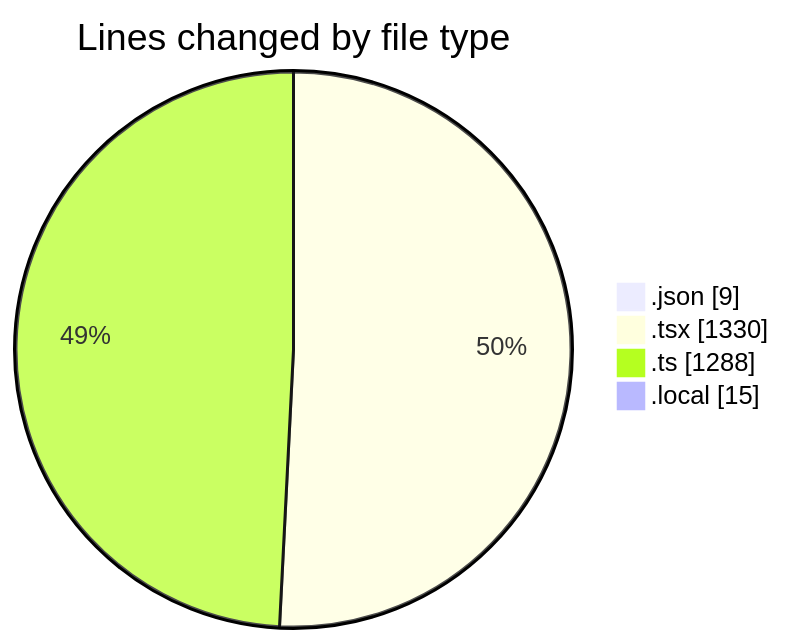
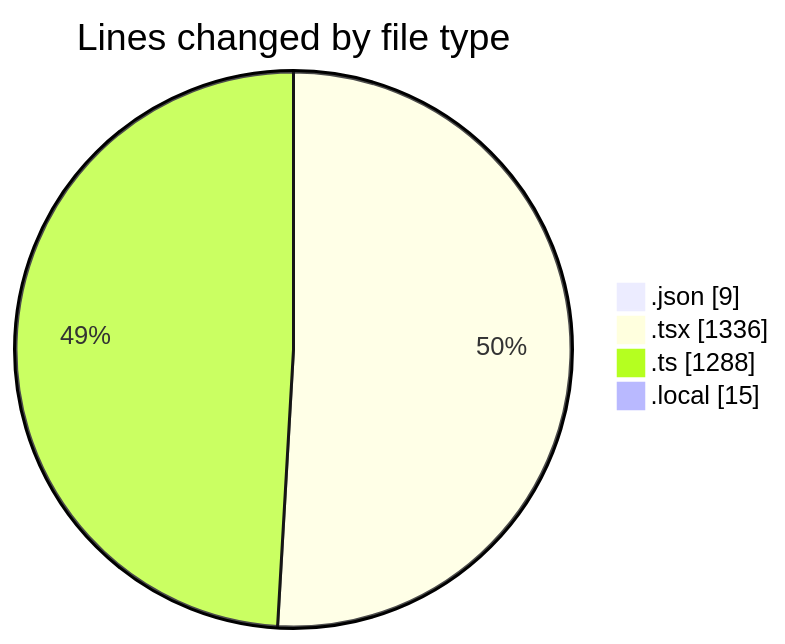
Before and after one commit to julien-gomy/code-tracking: the first of 2 diagrams in 2025-10-27/eventscop-frontend-guide__workspace_/README.md, drawn with Mermaid. The commit also changed other lines of this file and 1 other file, not shown here.

````diff
--- a/2025-10-27/eventscop-frontend-guide__workspace_/README.md
+++ b/2025-10-27/eventscop-frontend-guide__workspace_/README.md
@@ -32,8 +32,8 @@
 ```mermaid
 pie showData
 title Lines changed by file type
 ".json" : 9
-".tsx" : 1330
+".tsx" : 1336
 ".ts" : 1288
 ".local" : 15
 ```
````
